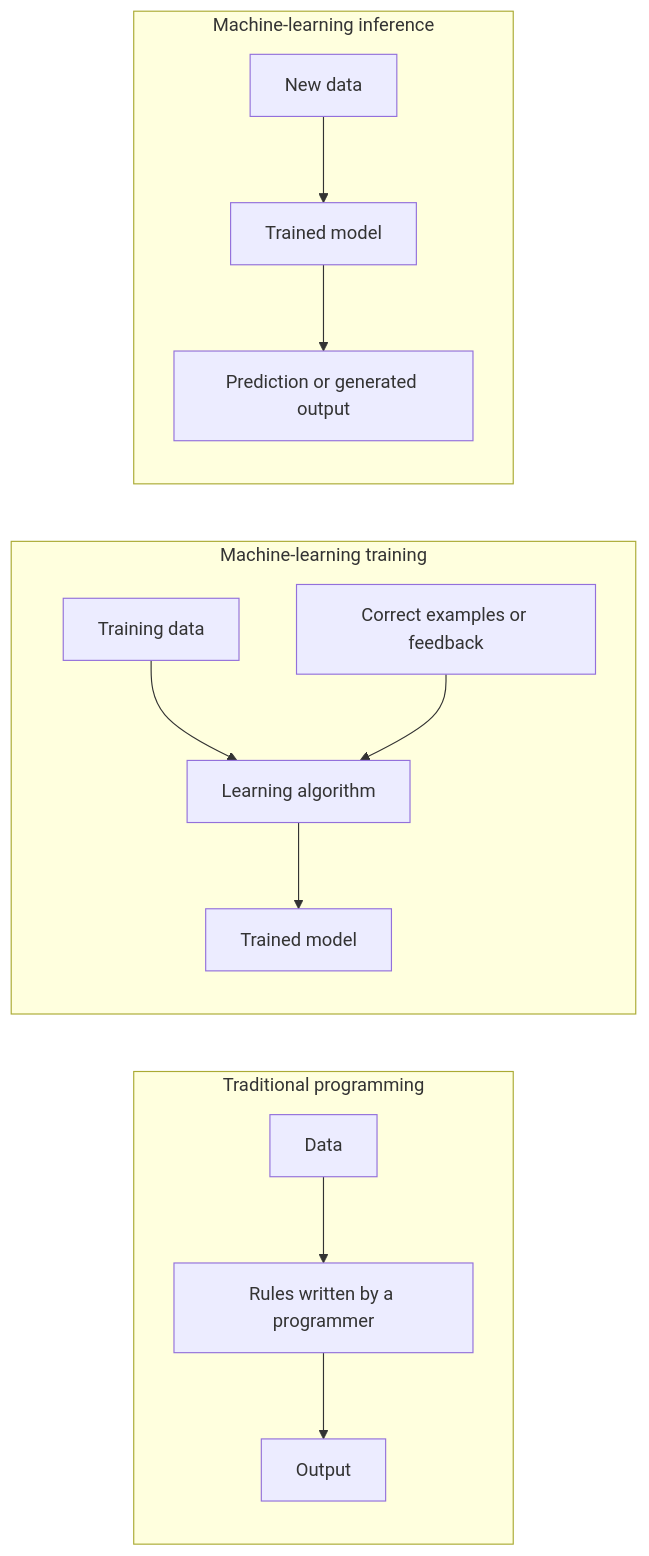
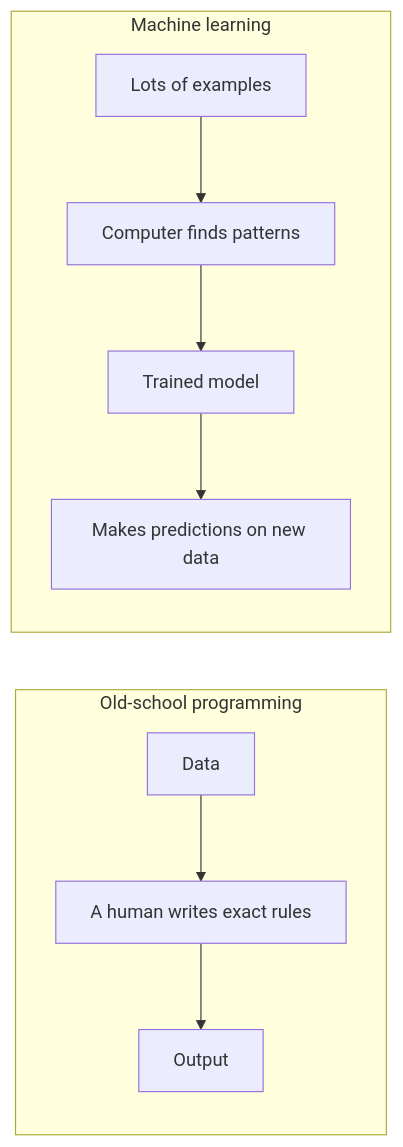
The second of 11 diagrams in course1/week1-llm-foundations.md (DevBuildStudio/mastering-ai-course), drawn with Mermaid before and after one commit. The commit also changed other lines of this file and 2 other files, not shown here.

````diff
--- a/course1/week1-llm-foundations.md
+++ b/course1/week1-llm-foundations.md
@@ -48,18 +38,12 @@
 ```mermaid
 flowchart LR
-    subgraph TP["Traditional programming"]
-        D1["Data"] --> P1["Rules written by a programmer"]
+    subgraph Old["Old-school programming"]
+        D1["Data"] --> P1["A human writes exact rules"]
         P1 --> O1["Output"]
     end
-
-    subgraph MT["Machine-learning training"]
-        D2["Training data"] --> L2["Learning algorithm"]
-        E2["Correct examples or feedback"] --> L2
+    subgraph New["Machine learning"]
+        D2["Lots of examples"] --> L2["Computer finds patterns"]
         L2 --> M2["Trained model"]
-    end
-
-    subgraph MI["Machine-learning inference"]
-        N3["New data"] --> M3["Trained model"]
-        M3 --> O3["Prediction or generated output"]
+        M2 --> O2["Makes predictions on new data"]
     end
 ```
````
